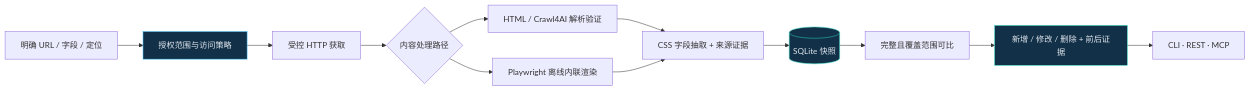
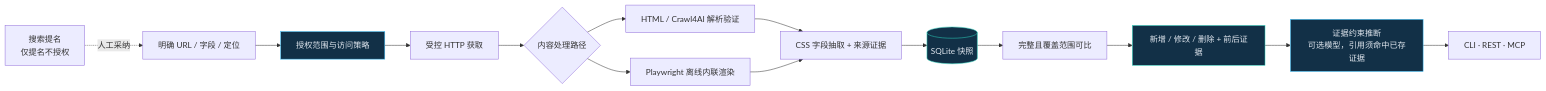
The diagram in README.md (zolo1978/omnicrawler-agent), drawn with Mermaid before and after one commit. The commit also changed other lines of this file and 64 other files, not shown here.

````diff
--- a/README.md
+++ b/README.md
@@ -45,17 +50,20 @@
 ```mermaid
 flowchart LR
+    N[搜索提名<br/>仅提名不授权] -.->|人工采纳| A
     A[明确 URL / 字段 / 定位] --> B[授权范围与访问策略]
     B --> C[受控 HTTP 获取]
     C --> D{内容处理路径}
     D --> E[HTML / Crawl4AI 解析验证]
     D --> F[Playwright 离线内联渲染]
     E --> G[CSS 字段抽取 + 来源证据]
     F --> G
     G --> H[(SQLite 快照)]
     H --> I[完整且覆盖范围可比]
     I --> J[新增 / 修改 / 删除 + 前后证据]
-    J --> K[CLI · REST · MCP]
+    J --> S[证据约束推断<br/>可选模型，引用须命中已存证据]
+    S --> K[CLI · REST · MCP]
     style B fill:#123047,stroke:#38bdf8,color:#e2e8f0
     style H fill:#123047,stroke:#2dd4bf,color:#e2e8f0
     style J fill:#123047,stroke:#2dd4bf,color:#e2e8f0
+    style S fill:#123047,stroke:#38bdf8,color:#e2e8f0
 ```
````
